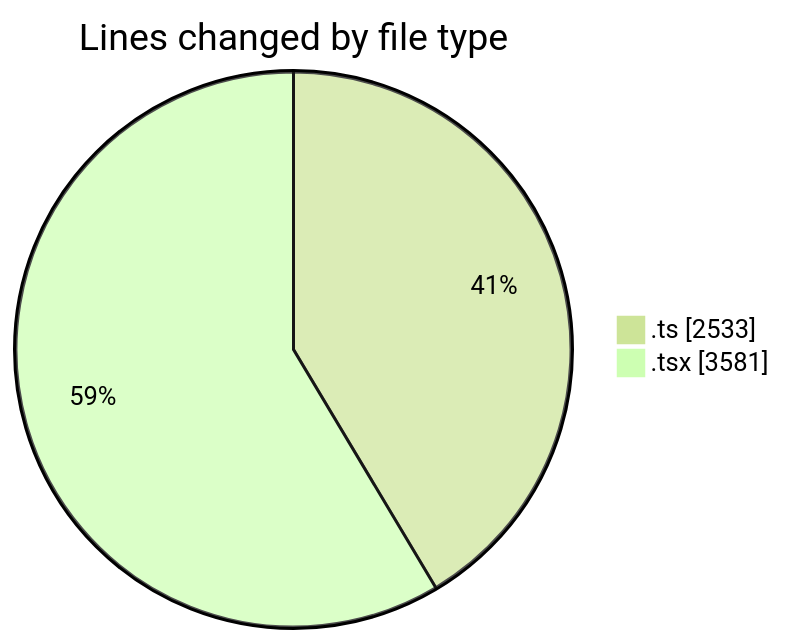
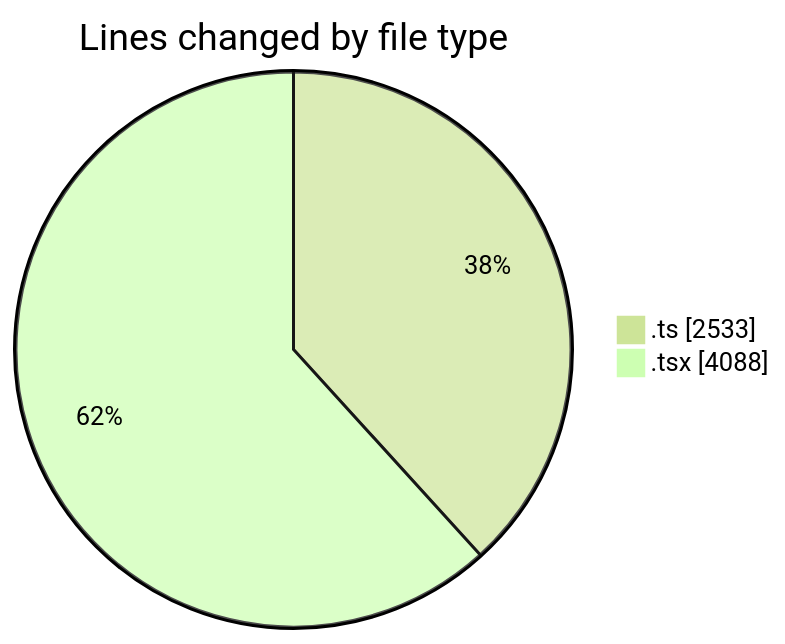
The first of 2 diagrams in 2025-07-01/cda/README.md (momahboobian/code-tracking), drawn with Mermaid (forest theme) before and after one commit. The commit also changed other lines of this file and 1 other file, not shown here.

````diff
--- a/2025-07-01/cda/README.md
+++ b/2025-07-01/cda/README.md
@@ -37,6 +38,6 @@
 ```mermaid
 pie showData
 title Lines changed by file type
 ".ts" : 2533
-".tsx" : 3581
+".tsx" : 4088
 ```
````
